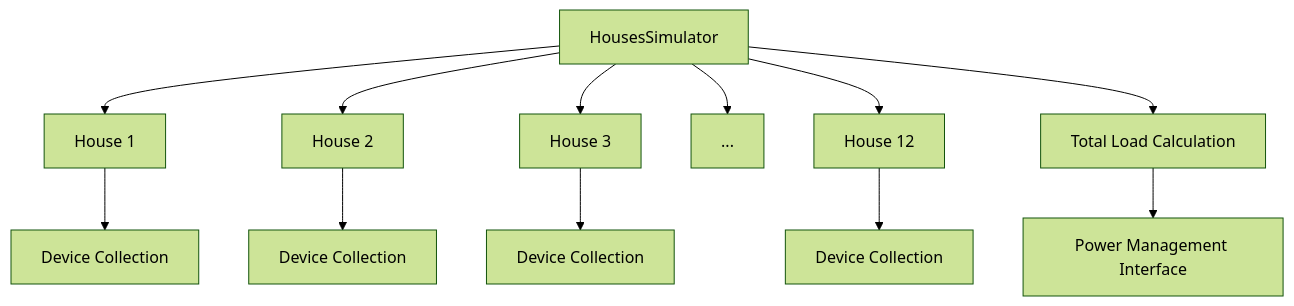
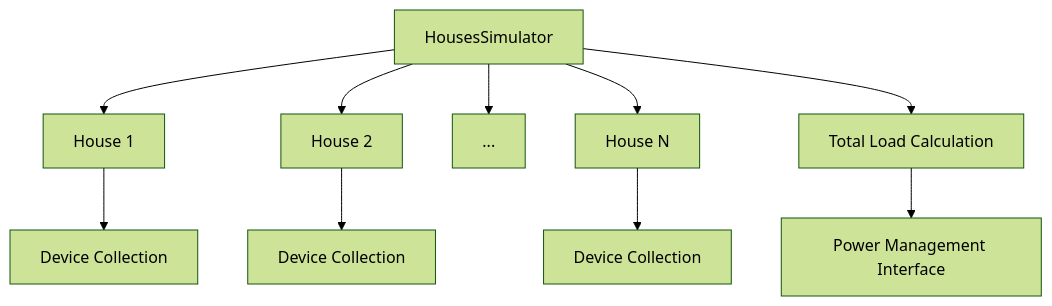
Before and after one commit to ezAldinWaez/residential-smart-grid-prototype: the second of 2 diagrams in docs/content/C3_rsgp_houses_simulation.rst, drawn with Mermaid (forest theme). The commit also changed other lines of this file and 2 other files, not shown here.

```diff
--- a/docs/content/C3_rsgp_houses_simulation.rst
+++ b/docs/content/C3_rsgp_houses_simulation.rst
@@ -73,14 +49,9 @@
 .. mermaid::
 
    graph TD
-       A[HousesSimulator] --> B[House 1]
-       A --> C[House 2]
-       A --> D[House 3]
-       A --> E[...]
-       A --> F[House 12]
-       B --> G[Device Collection]
-       C --> H[Device Collection]
-       D --> I[Device Collection]
-       F --> J[Device Collection]
-       A --> K[Total Load Calculation]
-       K --> L[Power Management Interface]
+      HS[HousesSimulator]
+      HS --> HS_H1[House 1] --> HS_H1_D[Device Collection]
+      HS --> HS_H2[House 2] --> HS_H2_D[Device Collection]
+      HS --> HS_HK[...]
+      HS --> HS_HN[House N] --> HS_HN_D[Device Collection]
+      HS --> TLC[Total Load Calculation] --> PMI[Power Management Interface]
```
